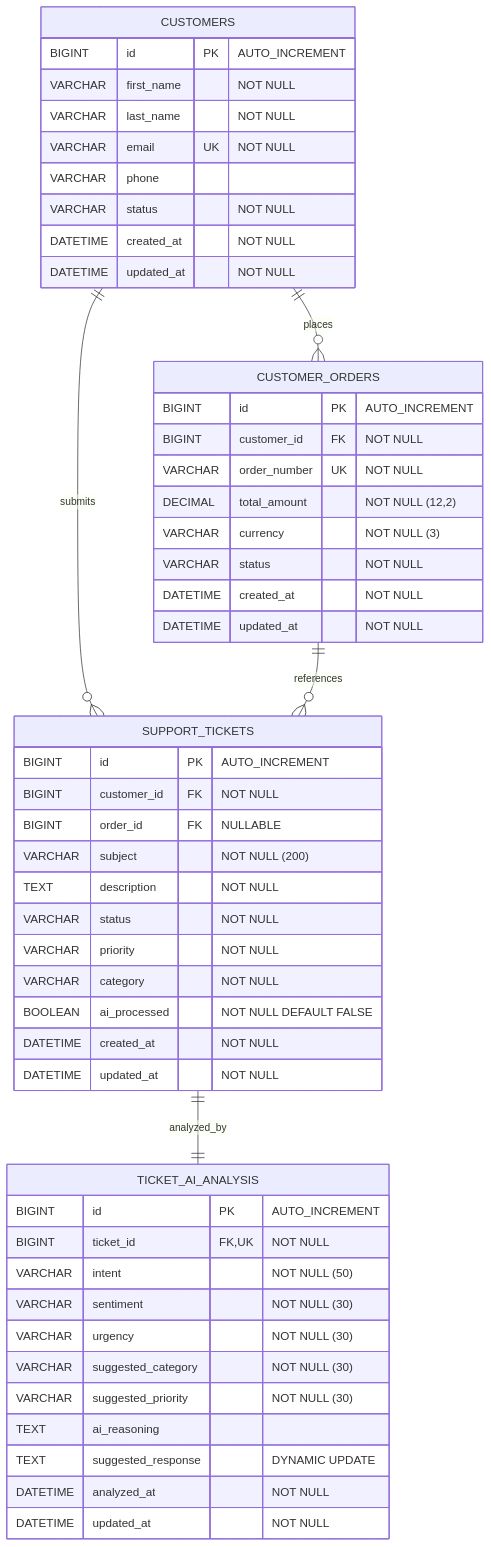
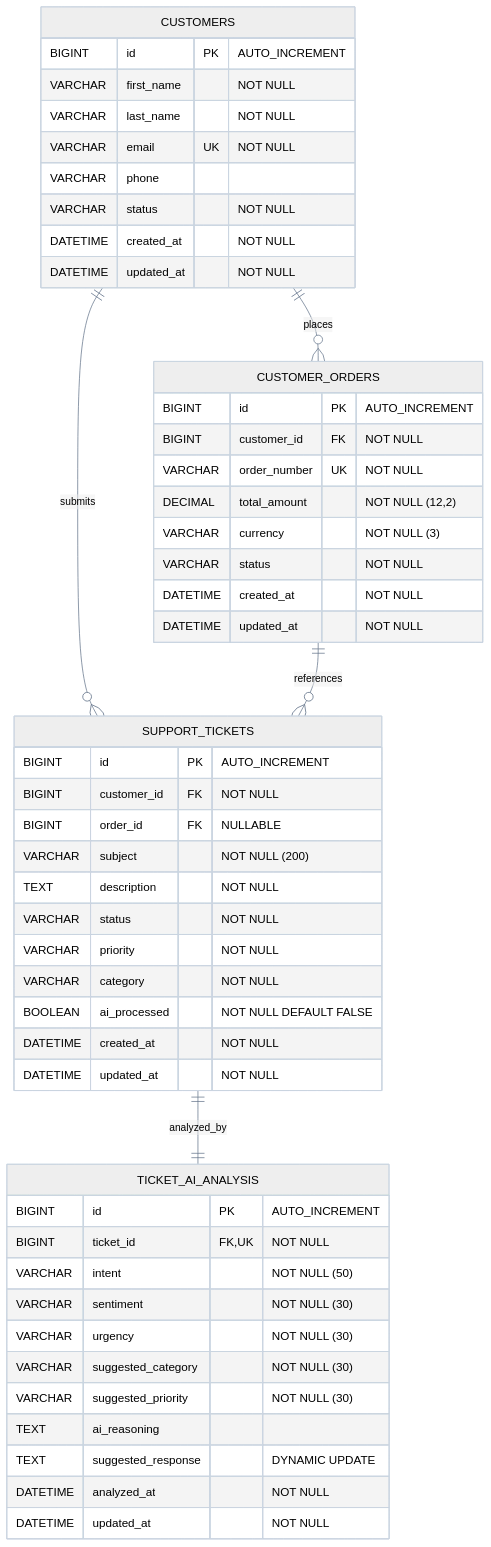
The second of 3 diagrams in README.md (amarenderreddyvoladri/customer-support-ai-service), drawn with Mermaid before and after one commit. The commit also changed other lines of this file, not shown here.

Commit message:
docs: create README with system flowcharts and setup guide

````diff
--- a/README.md
+++ b/README.md
@@ -67,57 +65,58 @@
 ```mermaid
+%%{init: {'theme': 'neutral', 'themeVariables': { 'fontFamily': 'Fira Code, monospace', 'primaryColor': '#F8FAFC', 'lineColor': '#64748B', 'nodeBorder': '#CBD5E1' }}}%%
 erDiagram
     CUSTOMERS {
         BIGINT id PK "AUTO_INCREMENT"
         VARCHAR first_name "NOT NULL"
         VARCHAR last_name "NOT NULL"
         VARCHAR email UK "NOT NULL"
         VARCHAR phone
         VARCHAR status "NOT NULL"
         DATETIME created_at "NOT NULL"
         DATETIME updated_at "NOT NULL"
     }
 
     CUSTOMER_ORDERS {
         BIGINT id PK "AUTO_INCREMENT"
         BIGINT customer_id FK "NOT NULL"
         VARCHAR order_number UK "NOT NULL"
         DECIMAL total_amount "NOT NULL (12,2)"
         VARCHAR currency "NOT NULL (3)"
         VARCHAR status "NOT NULL"
         DATETIME created_at "NOT NULL"
         DATETIME updated_at "NOT NULL"
     }
 
     SUPPORT_TICKETS {
         BIGINT id PK "AUTO_INCREMENT"
         BIGINT customer_id FK "NOT NULL"
         BIGINT order_id FK "NULLABLE"
         VARCHAR subject "NOT NULL (200)"
         TEXT description "NOT NULL"
         VARCHAR status "NOT NULL"
         VARCHAR priority "NOT NULL"
         VARCHAR category "NOT NULL"
         BOOLEAN ai_processed "NOT NULL DEFAULT FALSE"
         DATETIME created_at "NOT NULL"
         DATETIME updated_at "NOT NULL"
     }
 
     TICKET_AI_ANALYSIS {
         BIGINT id PK "AUTO_INCREMENT"
         BIGINT ticket_id FK, UK "NOT NULL"
         VARCHAR intent "NOT NULL (50)"
         VARCHAR sentiment "NOT NULL (30)"
         VARCHAR urgency "NOT NULL (30)"
         VARCHAR suggested_category "NOT NULL (30)"
         VARCHAR suggested_priority "NOT NULL (30)"
         TEXT ai_reasoning
         TEXT suggested_response "DYNAMIC UPDATE"
         DATETIME analyzed_at "NOT NULL"
         DATETIME updated_at "NOT NULL"
     }
 
     CUSTOMERS ||--o{ CUSTOMER_ORDERS : "places"
     CUSTOMERS ||--o{ SUPPORT_TICKETS : "submits"
     CUSTOMER_ORDERS ||--o{ SUPPORT_TICKETS : "references"
     SUPPORT_TICKETS ||--|| TICKET_AI_ANALYSIS : "analyzed_by"
 ```
````
